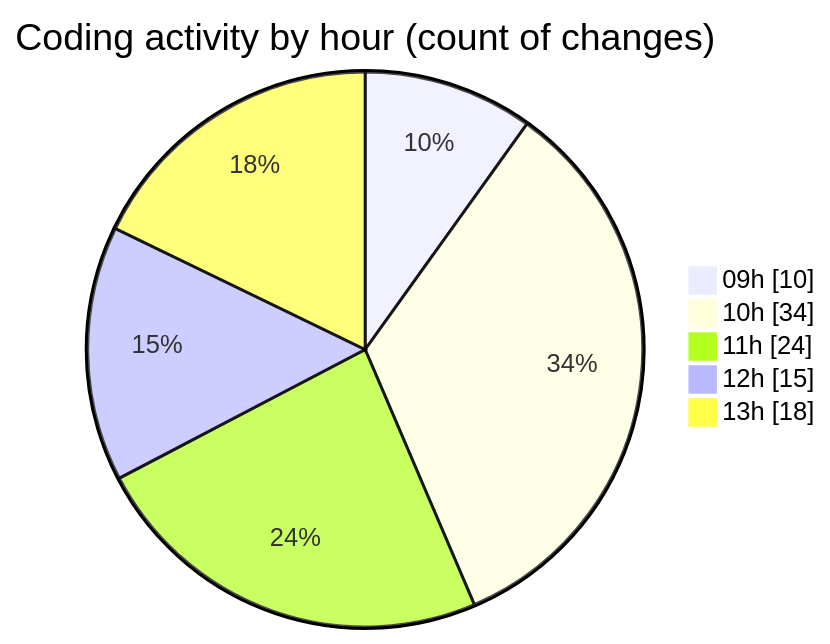
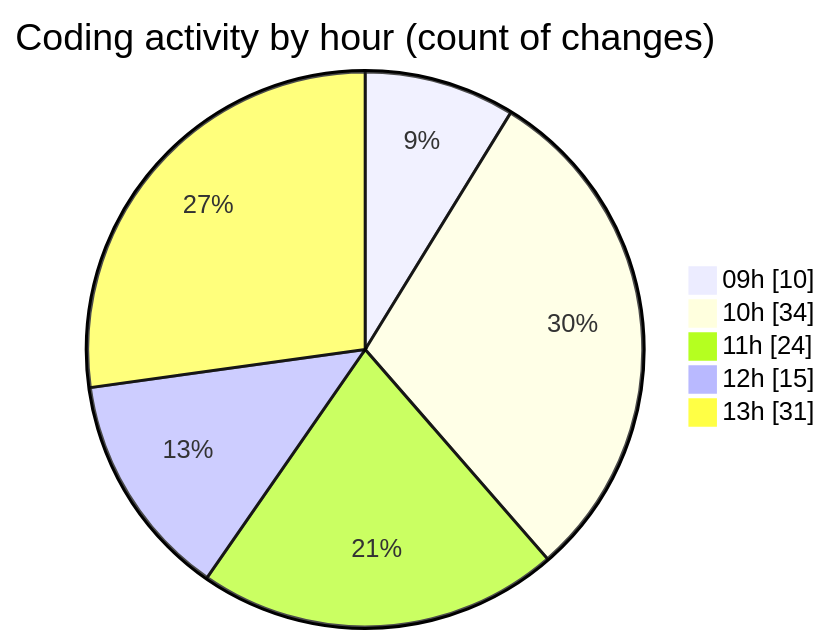
One commit to momahboobian/code-tracking changed the second of 2 diagrams in 2025-09-02/cda/README.md. Above: the diagram before and after it, drawn with Mermaid. The commit also changed other lines of this file and 1 other file, not shown here.

````diff
--- a/2025-09-02/cda/README.md
+++ b/2025-09-02/cda/README.md
@@ -38,9 +38,9 @@
 ```mermaid
 pie showData
 title Coding activity by hour (count of changes)
 "09h" : 10
 "10h" : 34
 "11h" : 24
 "12h" : 15
-"13h" : 18
+"13h" : 31
 ```
````
